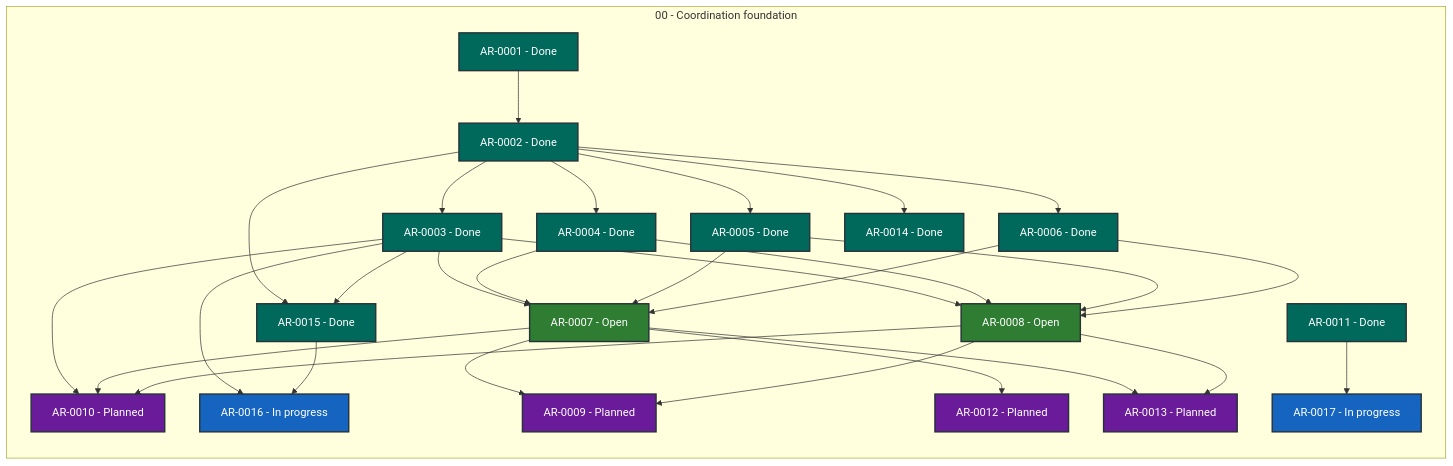
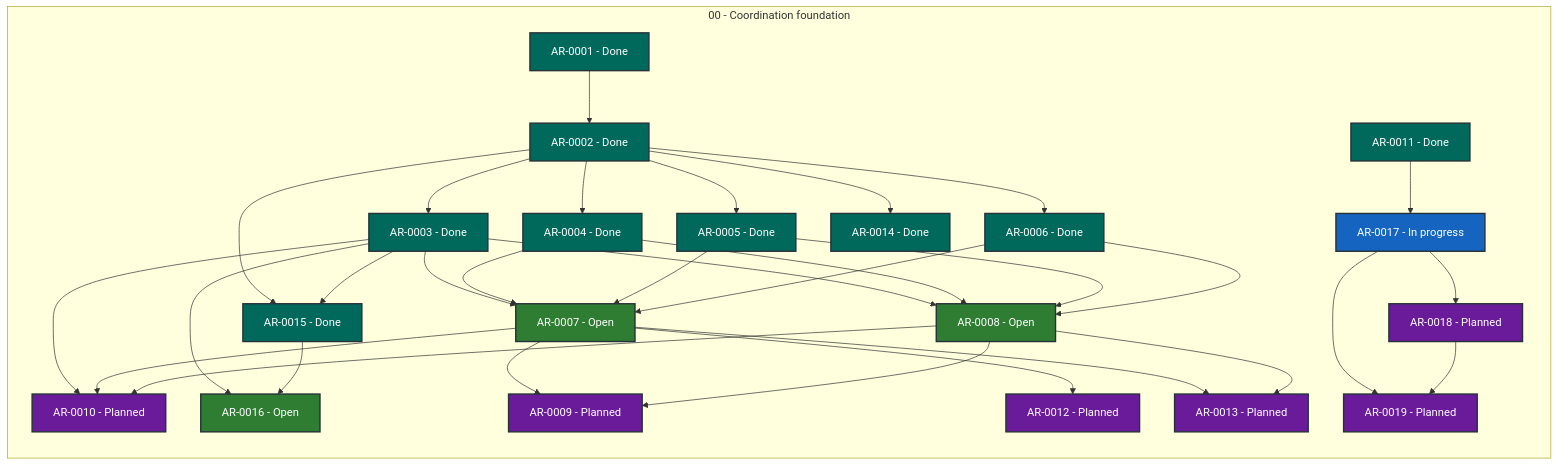
The diagram in STATUS.md (martin-beck/agent-workflow-coordinator-state), drawn with Mermaid before and after one commit. The commit also changed other lines of this file and 2 other files, not shown here.

````diff
--- a/STATUS.md
+++ b/STATUS.md
@@ -27,58 +27,63 @@
 ```mermaid
 flowchart LR
     subgraph series_00["00 - Coordination foundation"]
         direction TB
         AR_0001["AR-0001 - Done"]:::status_done
         AR_0002["AR-0002 - Done"]:::status_done
         AR_0003["AR-0003 - Done"]:::status_done
         AR_0004["AR-0004 - Done"]:::status_done
         AR_0005["AR-0005 - Done"]:::status_done
         AR_0006["AR-0006 - Done"]:::status_done
         AR_0007["AR-0007 - Open"]:::status_open
         AR_0008["AR-0008 - Open"]:::status_open
         AR_0009["AR-0009 - Planned"]:::status_planned
         AR_0010["AR-0010 - Planned"]:::status_planned
         AR_0011["AR-0011 - Done"]:::status_done
         AR_0012["AR-0012 - Planned"]:::status_planned
         AR_0013["AR-0013 - Planned"]:::status_planned
         AR_0014["AR-0014 - Done"]:::status_done
         AR_0015["AR-0015 - Done"]:::status_done
-        AR_0016["AR-0016 - In progress"]:::status_in_progress
+        AR_0016["AR-0016 - Open"]:::status_open
         AR_0017["AR-0017 - In progress"]:::status_in_progress
+        AR_0018["AR-0018 - Planned"]:::status_planned
+        AR_0019["AR-0019 - Planned"]:::status_planned
     end
     AR_0001 --> AR_0002
     AR_0002 --> AR_0003
     AR_0002 --> AR_0004
     AR_0002 --> AR_0005
     AR_0002 --> AR_0006
     AR_0002 --> AR_0014
     AR_0002 --> AR_0015
     AR_0003 --> AR_0007
     AR_0003 --> AR_0008
     AR_0003 --> AR_0010
     AR_0003 --> AR_0015
     AR_0003 --> AR_0016
     AR_0004 --> AR_0007
     AR_0004 --> AR_0008
     AR_0005 --> AR_0007
     AR_0005 --> AR_0008
     AR_0006 --> AR_0007
     AR_0006 --> AR_0008
     AR_0007 --> AR_0009
     AR_0007 --> AR_0010
     AR_0007 --> AR_0012
     AR_0007 --> AR_0013
     AR_0008 --> AR_0009
     AR_0008 --> AR_0010
     AR_0008 --> AR_0013
     AR_0011 --> AR_0017
     AR_0015 --> AR_0016
+    AR_0017 --> AR_0018
+    AR_0017 --> AR_0019
+    AR_0018 --> AR_0019
     classDef status_in_progress fill:#1565c0,color:#ffffff,stroke:#263238,stroke-width:2px
     classDef status_open fill:#2e7d32,color:#ffffff,stroke:#263238,stroke-width:2px
     classDef status_blocked fill:#c62828,color:#ffffff,stroke:#263238,stroke-width:2px
     classDef status_planned fill:#6a1b9a,color:#ffffff,stroke:#263238,stroke-width:2px
     classDef status_future fill:#455a64,color:#ffffff,stroke:#263238,stroke-width:2px
     classDef status_done fill:#00695c,color:#ffffff,stroke:#263238,stroke-width:2px
     classDef status_cancelled fill:#616161,color:#ffffff,stroke:#263238,stroke-width:2px
     classDef status_superseded fill:#5d4037,color:#ffffff,stroke:#263238,stroke-width:2px
 ```
````
